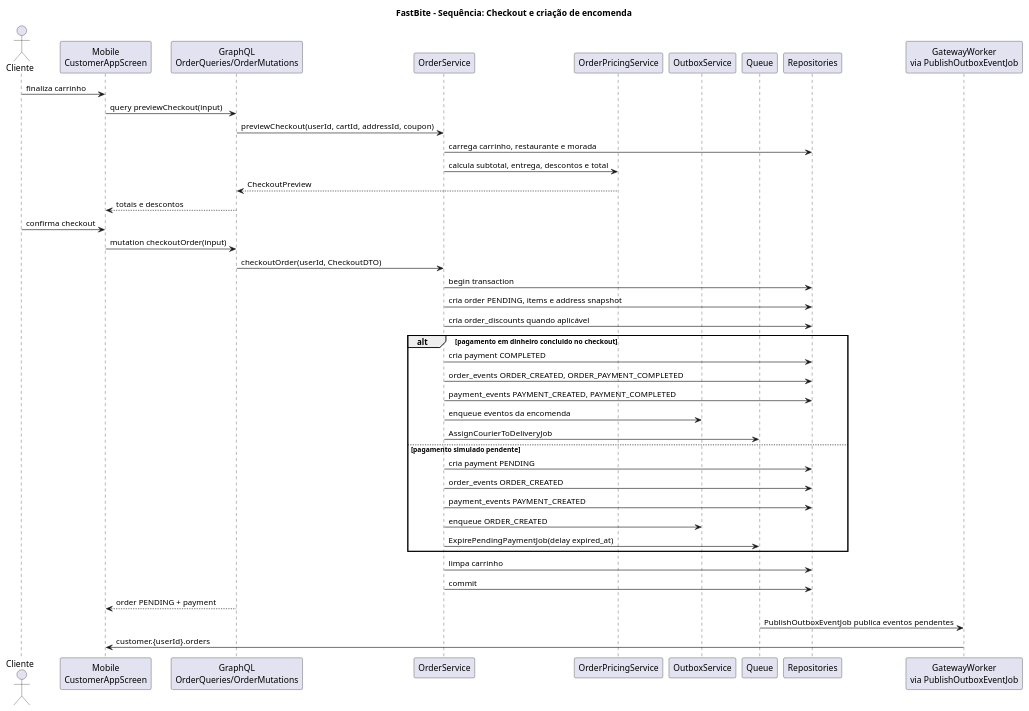
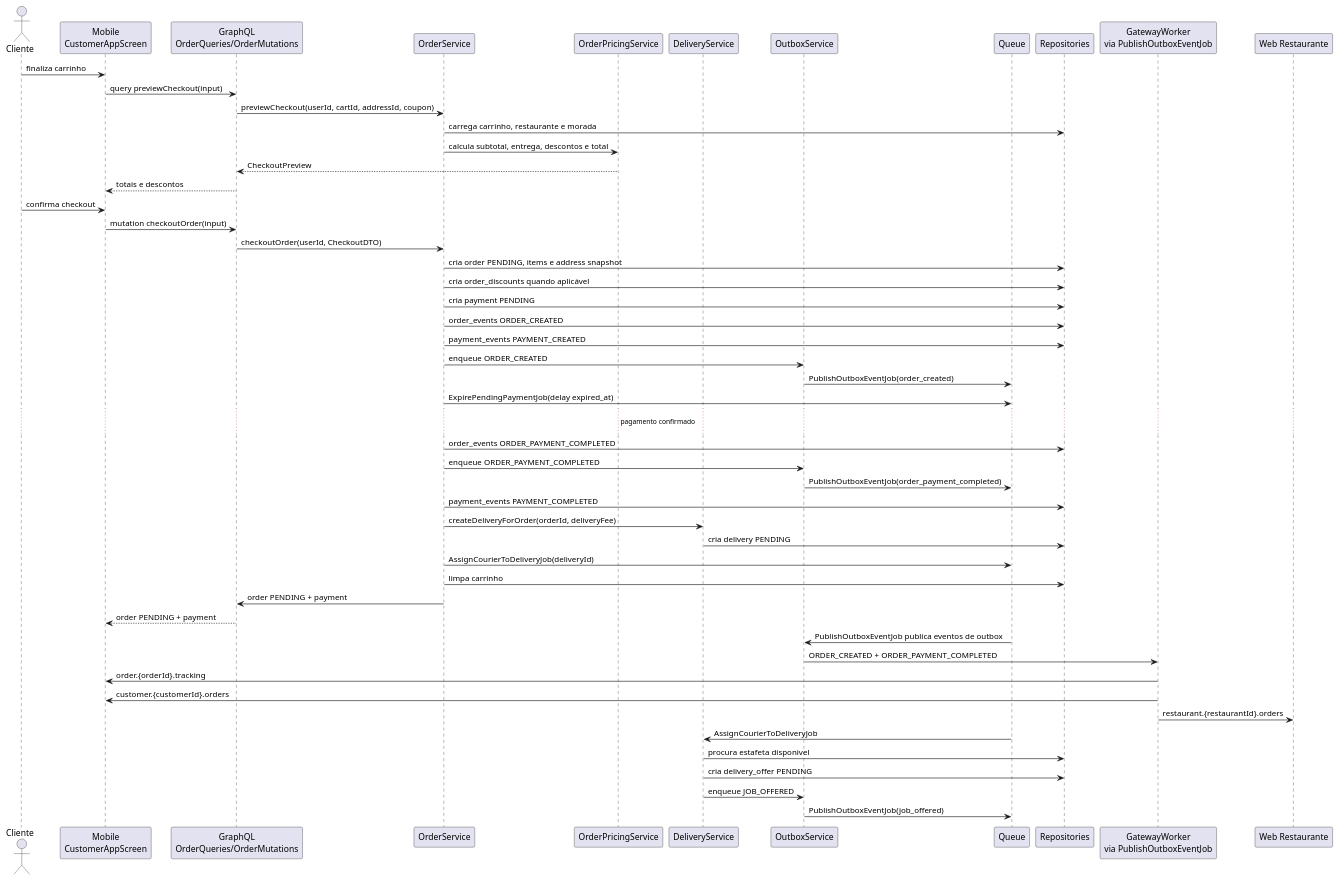
The diagram in Documentacao/docs novas/03a_sequencia_checkout.puml (DuarteMSousa/FastBite), drawn with PlantUML before and after one commit. The commit also changed 1 other file, not shown here.

Commit message:
Refactor sequence diagrams: simplify flows
Update PlantUML sequence diagrams to simplify and align flows with current behavior.

- 03a_sequencia_checkout.puml: remove UML title and DB transaction begin/commit steps; collapse payment branch to the PENDING flow (create PENDING payment, emit ORDER_CREATED and PAYMENT_CREATED events, enqueue outbox and ExpirePendingPaymentJob), clear cart and return order PENDING + payment to GQL.
- 03c_sequencia_estafeta_entrega_tracking.puml: remove UML title and the explicit 'bloqueia offer e delivery' step; make offer acceptance explicit (offer -> ACCEPTED, set courier_id, expire other offers), enqueue outbox events and add Outbox -> GW publish to propagate JOB_ACCEPTED and DELIVERY_ACCEPTED to gateway.

These changes simplify the diagrams by removing low-level transaction details and redundant branches, making the sequence flows clearer and closer to the implemented behavior.

```diff
--- a/Documentacao/docs novas/03a_sequencia_checkout.puml
+++ b/Documentacao/docs novas/03a_sequencia_checkout.puml
@@ -1,51 +1,64 @@
 @startuml FastBite_Seq_Checkout
-title FastBite - Sequência: Checkout e criação de encomenda
 
 skinparam shadowing false
 actor Cliente
 participant "Mobile\nCustomerAppScreen" as Mobile
 participant "GraphQL\nOrderQueries/OrderMutations" as GQL
 participant "OrderService" as OrderSvc
 participant "OrderPricingService" as Pricing
+participant "DeliveryService" as DeliverySvc
 participant "OutboxService" as Outbox
 participant "Queue" as Queue
 participant "Repositories" as Repos
 participant "GatewayWorker\nvia PublishOutboxEventJob" as GW
+participant "Web Restaurante" as RestaurantWeb
 
 Cliente -> Mobile: finaliza carrinho
 Mobile -> GQL: query previewCheckout(input)
 GQL -> OrderSvc: previewCheckout(userId, cartId, addressId, coupon)
 OrderSvc -> Repos: carrega carrinho, restaurante e morada
 OrderSvc -> Pricing: calcula subtotal, entrega, descontos e total
 Pricing --> GQL: CheckoutPreview
 GQL --> Mobile: totais e descontos
 
 Cliente -> Mobile: confirma checkout
 Mobile -> GQL: mutation checkoutOrder(input)
 GQL -> OrderSvc: checkoutOrder(userId, CheckoutDTO)
-OrderSvc -> Repos: begin transaction
 OrderSvc -> Repos: cria order PENDING, items e address snapshot
 OrderSvc -> Repos: cria order_discounts quando aplicável
 
-alt pagamento em dinheiro concluido no checkout
-  OrderSvc -> Repos: cria payment COMPLETED
-  OrderSvc -> Repos: order_events ORDER_CREATED, ORDER_PAYMENT_COMPLETED
-  OrderSvc -> Repos: payment_events PAYMENT_CREATED, PAYMENT_COMPLETED
-  OrderSvc -> Outbox: enqueue eventos da encomenda
-  OrderSvc -> Queue: AssignCourierToDeliveryJob
-else pagamento simulado pendente
-  OrderSvc -> Repos: cria payment PENDING
-  OrderSvc -> Repos: order_events ORDER_CREATED
-  OrderSvc -> Repos: payment_events PAYMENT_CREATED
-  OrderSvc -> Outbox: enqueue ORDER_CREATED
-  OrderSvc -> Queue: ExpirePendingPaymentJob(delay expired_at)
-end
+
+OrderSvc -> Repos: cria payment PENDING
+OrderSvc -> Repos: order_events ORDER_CREATED
+OrderSvc -> Repos: payment_events PAYMENT_CREATED
+OrderSvc -> Outbox: enqueue ORDER_CREATED
+Outbox -> Queue: PublishOutboxEventJob(order_created)
+OrderSvc -> Queue: ExpirePendingPaymentJob(delay expired_at)
+
+... pagamento confirmado ...
+
+OrderSvc -> Repos: order_events ORDER_PAYMENT_COMPLETED
+OrderSvc -> Outbox: enqueue ORDER_PAYMENT_COMPLETED
+Outbox -> Queue: PublishOutboxEventJob(order_payment_completed)
+OrderSvc -> Repos: payment_events PAYMENT_COMPLETED
+OrderSvc -> DeliverySvc: createDeliveryForOrder(orderId, deliveryFee)
+DeliverySvc -> Repos: cria delivery PENDING
+OrderSvc -> Queue: AssignCourierToDeliveryJob(deliveryId)
 
 OrderSvc -> Repos: limpa carrinho
-OrderSvc -> Repos: commit
+OrderSvc -> GQL: order PENDING + payment
 GQL --> Mobile: order PENDING + payment
 
-Queue -> GW: PublishOutboxEventJob publica eventos pendentes
-GW -> Mobile: customer.{userId}.orders
+Queue -> Outbox: PublishOutboxEventJob publica eventos de outbox
+Outbox -> GW: ORDER_CREATED + ORDER_PAYMENT_COMPLETED
+GW -> Mobile: order.{orderId}.tracking
+GW -> Mobile: customer.{customerId}.orders
+GW -> RestaurantWeb: restaurant.{restaurantId}.orders
+
+Queue -> DeliverySvc: AssignCourierToDeliveryJob
+DeliverySvc -> Repos: procura estafeta disponivel
+DeliverySvc -> Repos: cria delivery_offer PENDING
+DeliverySvc -> Outbox: enqueue JOB_OFFERED
+Outbox -> Queue: PublishOutboxEventJob(job_offered)
 
 @enduml
```
